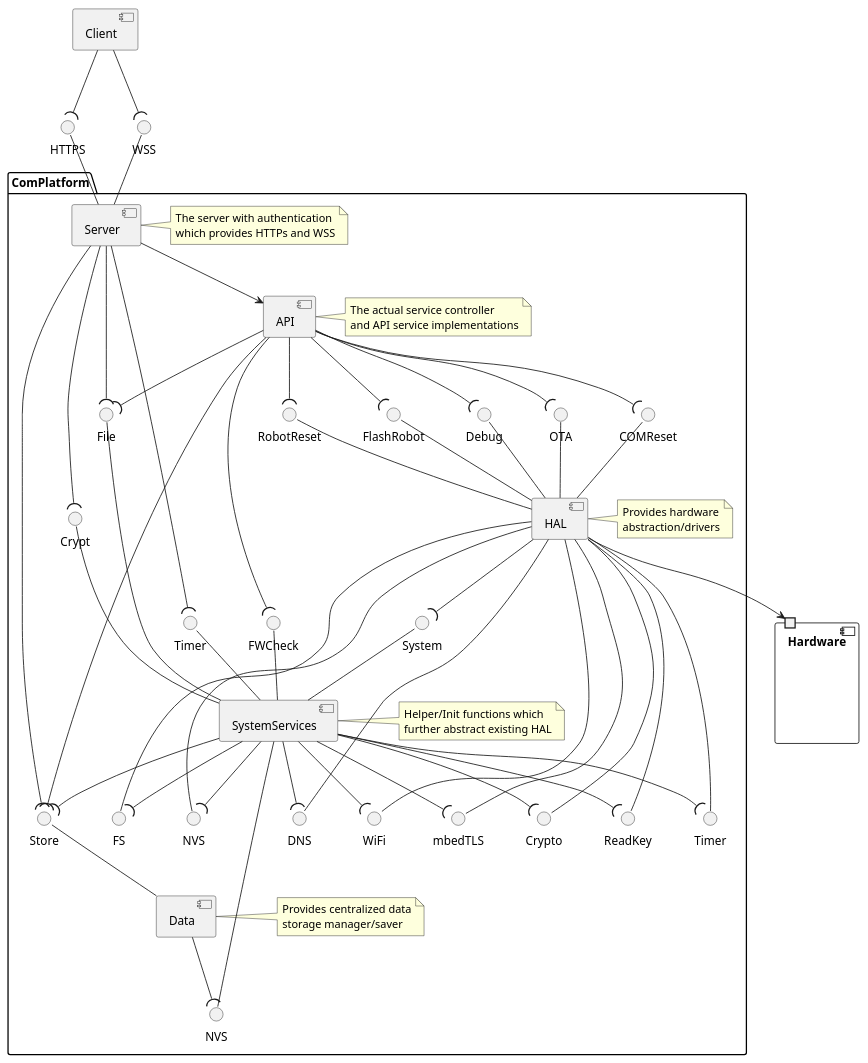
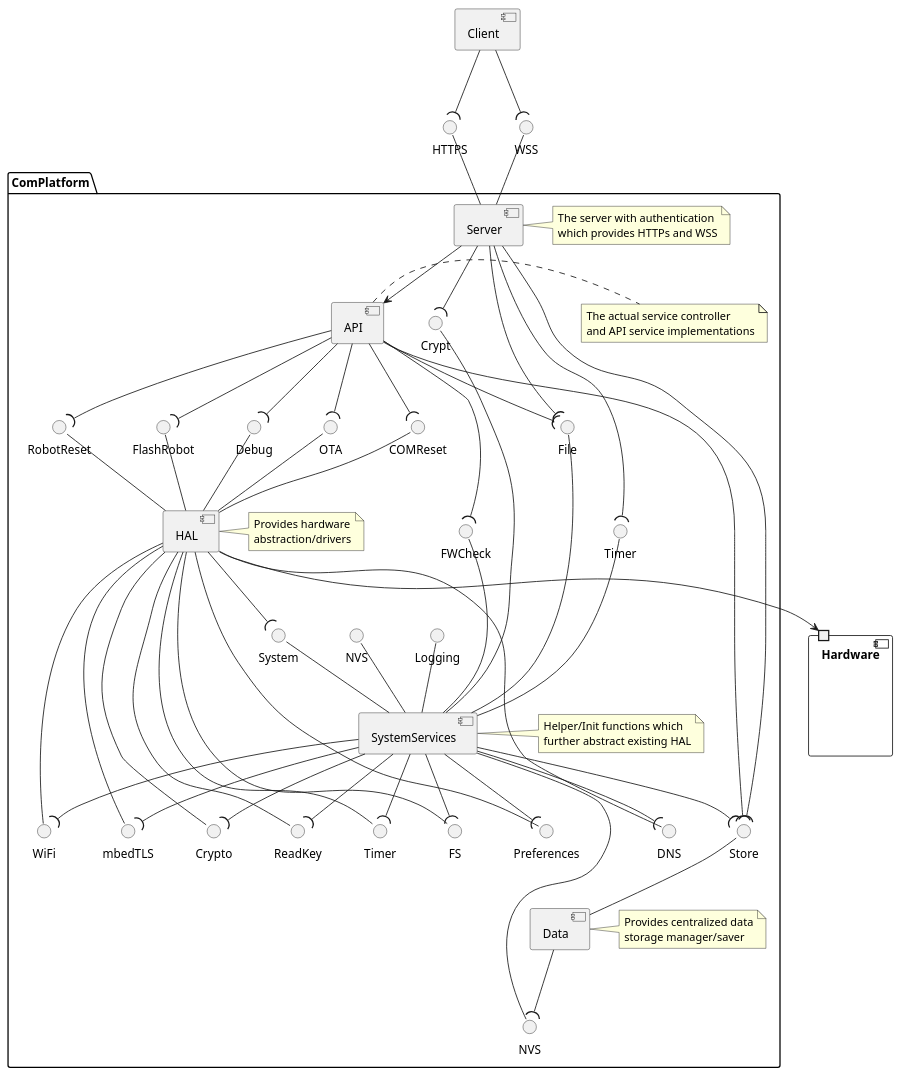
The diagram in doc/architecture/server/01_Server_Logical_ARCH.plantuml (NewTec-GmbH/ZumoComSystem), drawn with PlantUML before and after one commit. The commit also changed 7 other files, not shown here.

Commit message:
Update architecture diagrams

```diff
--- a/doc/architecture/server/01_Server_Logical_ARCH.plantuml
+++ b/doc/architecture/server/01_Server_Logical_ARCH.plantuml
@@ -1,110 +1,114 @@
 @startuml
 interface "WSS" as WSS
 interface "HTTPS" as HTTPS
 
 component "Client" as client {
     client -down-(WSS
     client -down-(HTTPS
 }
 
 component "Hardware" as hardware {
     port " " as hardwareport
 }
 
 package ComPlatform {
-    interface "NVS" as nvshalinterface
+    interface "Preferences" as preferences
     interface "Debug" as Debug
     interface "FlashRobot" as FlashRobot
     interface "RobotReset" as RobotReset
     interface "COMReset" as ComReset
     interface "ReadKey" as ReadKey
     interface "Crypto" as Crypto
     interface "mbedTLS" as mbedtls
     interface "WiFi" as WiFi
     interface "DNS" as DNS
     interface "FS" as FS
     interface "OTA" as ota
     interface "Timer" as timer
 
     interface "System" as System
 
+    interface "FWCheck" as FWCheck
+    interface "File" as File
+    interface "Crypt" as Crypt
+    interface "NVS" as nvs
+    interface "Timer" as Timer
+    interface "Store" as Store
+    interface "Logging" as Logging
+    interface "NVS" as NVSHAL
+
     component "HAL" as hal {
         hal -up- Debug
         hal -up- FlashRobot
         hal -up- RobotReset
         hal -up- ComReset
         hal -up- ReadKey
         hal -up- Crypto
         hal -up- mbedtls
         hal -up- WiFi
         hal -up- DNS
-        hal -up- nvshalinterface
+        hal -up- preferences
         hal -up- FS
         hal -up- ota
         hal -up- timer
 
         hal -down-> hardwareport
         hal -down-( System
     }
     note right of hal : Provides hardware\nabstraction/drivers
 
-    interface "FWCheck" as FWCheck
-    interface "File" as File
-    interface "Crypt" as Crypt
-    interface "NVS" as nvs
-    interface "Timer" as Timer
-    interface "Store" as Store
-
     component "Data" as data {
         data -up- Store
 
-        data -down-(nvs
+        data -down-(NVSHAL
     }
     note right of data : Provides centralized data\nstorage manager/saver
 
     component "API" as api {
         api -down-(File
         api -down-(ota
         api -down-(Store
         api -down-(FWCheck
         api -down-(ComReset
         api -down-(Debug
         api -down-(RobotReset
         api -down-(FlashRobot
     }
     note right of api : The actual service controller\nand API service implementations
 
     component "Server" as server {
         server -up- WSS
         server -up- HTTPS
 
         server -down-(File
         server -down-(Store
         server -down-(Crypt
         server -down-(Timer
 
         server --> api
     }
     note right of server : The server with authentication\nwhich provides HTTPs and WSS
 
     component "SystemServices" as systemservices {
         systemservices -up- FWCheck
         systemservices -up- File
         systemservices -up- Crypt
         systemservices -up- nvs
         systemservices -up- Timer
         systemservices -up- System
+        systemservices -up- Logging
+        systemservices -up- NVSHAL
 
         systemservices -down-(ReadKey
         systemservices -down-(Crypto
         systemservices -down-(mbedtls
         systemservices -down-(FS
         systemservices -down-(WiFi
         systemservices -down-(DNS
-        systemservices -down-(nvshalinterface
+        systemservices -down-(preferences
         systemservices -down-(Store
         systemservices -down-(timer
     }
     note right of systemservices : Helper/Init functions which\nfurther abstract existing HAL
 }
 @enduml
```
